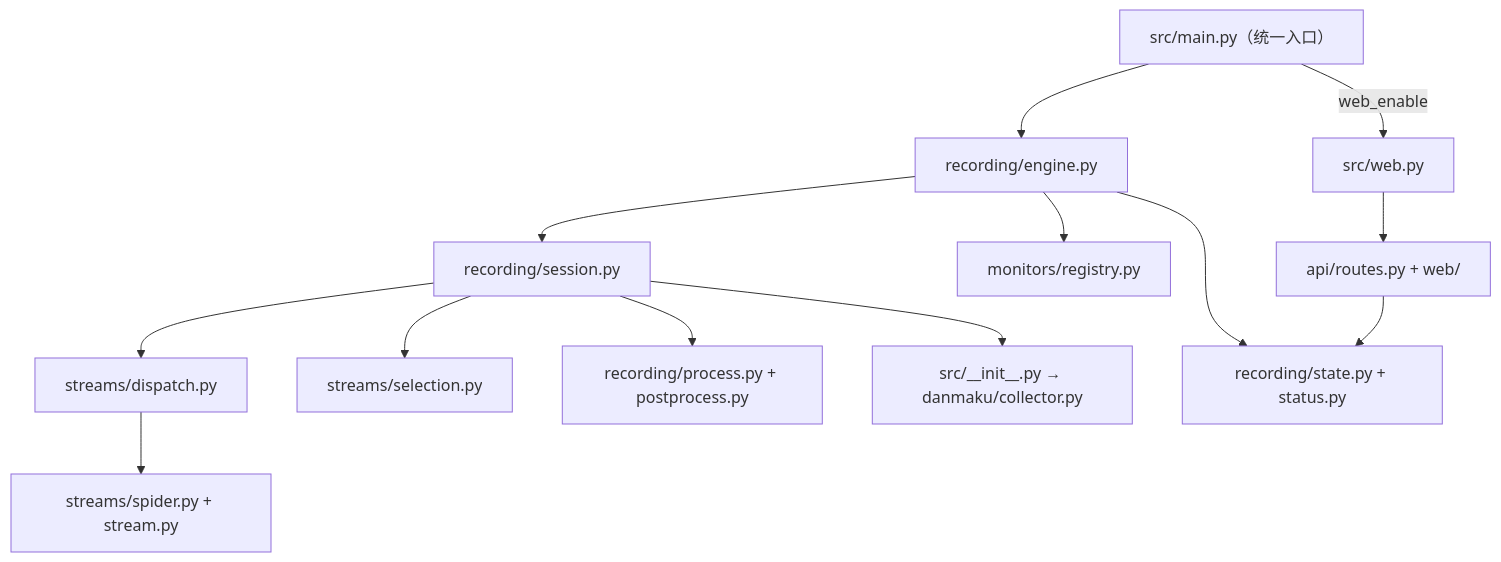
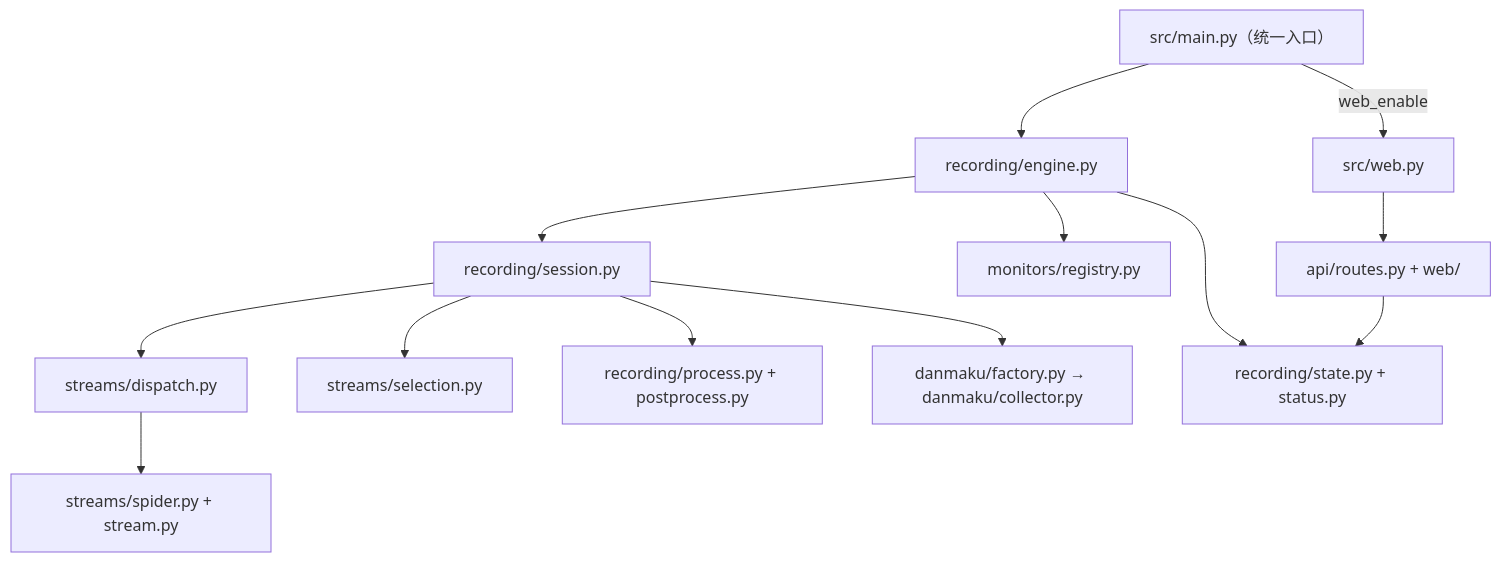
One commit to oxygenkun/dylr changed the diagram in docs/architecture/README.md. Above: the diagram before and after it, drawn with Mermaid. The commit also changed 18 other files, not shown here.

````diff
--- a/docs/architecture/README.md
+++ b/docs/architecture/README.md
@@ -22,15 +22,15 @@
 ```mermaid
 flowchart TD
     Entry["src/main.py（统一入口）"] --> Engine["recording/engine.py"]
     Entry -->|web_enable| Web["src/web.py"]
     Web --> API["api/routes.py + web/"]
     Engine --> Session["recording/session.py"]
     Engine --> Monitors["monitors/registry.py"]
     Engine --> State["recording/state.py + status.py"]
     API --> State
     Session --> Dispatch["streams/dispatch.py"]
     Dispatch --> Parsers["streams/spider.py + stream.py"]
     Session --> Selection["streams/selection.py"]
     Session --> Process["recording/process.py + postprocess.py"]
-    Session --> Danmaku["src/__init__.py → danmaku/collector.py"]
+    Session --> Danmaku["danmaku/factory.py → danmaku/collector.py"]
 ```
````
